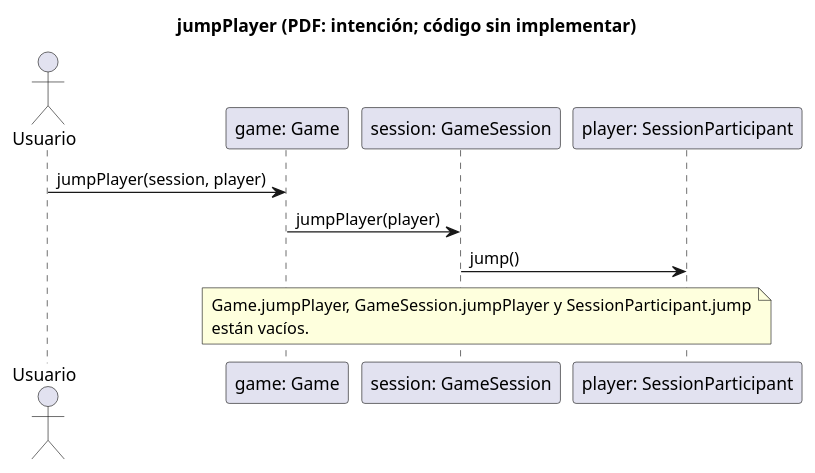
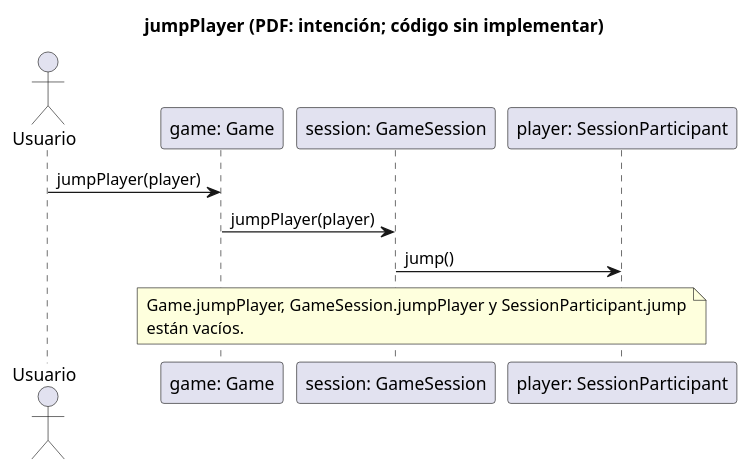
The fourth of 9 diagrams in docs/uml/domain-sequences.puml (PaglkG/ProyectoFinal-Dopo), drawn with PlantUML before and after one commit. The commit also changed other lines of this file and 19 other files, not shown here.

```diff
--- a/docs/uml/domain-sequences.puml
+++ b/docs/uml/domain-sequences.puml
@@ -70,14 +69,14 @@
 @startuml
 title jumpPlayer (PDF: intención; código sin implementar)
 actor Usuario
 participant "game: Game" as G
 participant "session: GameSession" as S
 participant "player: SessionParticipant" as P
-Usuario -> G: jumpPlayer(session, player)
+Usuario -> G: jumpPlayer(player)
 G -> S: jumpPlayer(player)
 S -> P: jump()
 note over G,P
   Game.jumpPlayer, GameSession.jumpPlayer y SessionParticipant.jump
   están vacíos.
 end note
 @enduml
```
